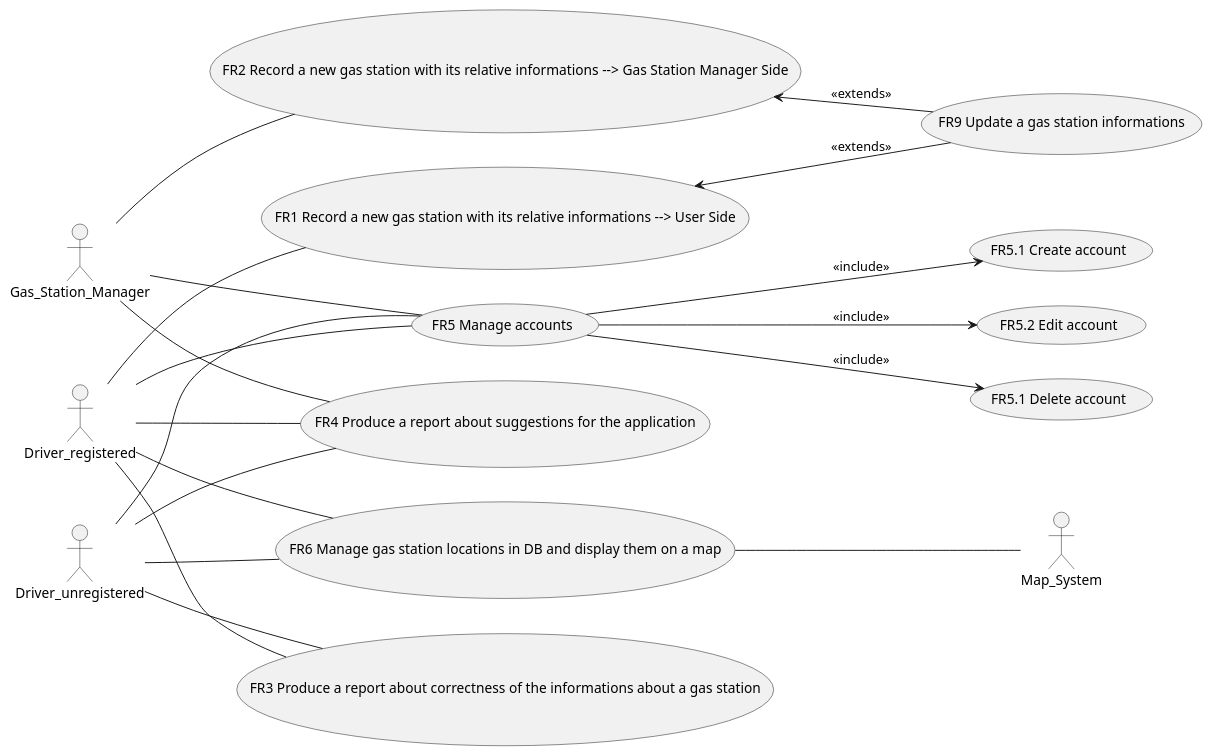
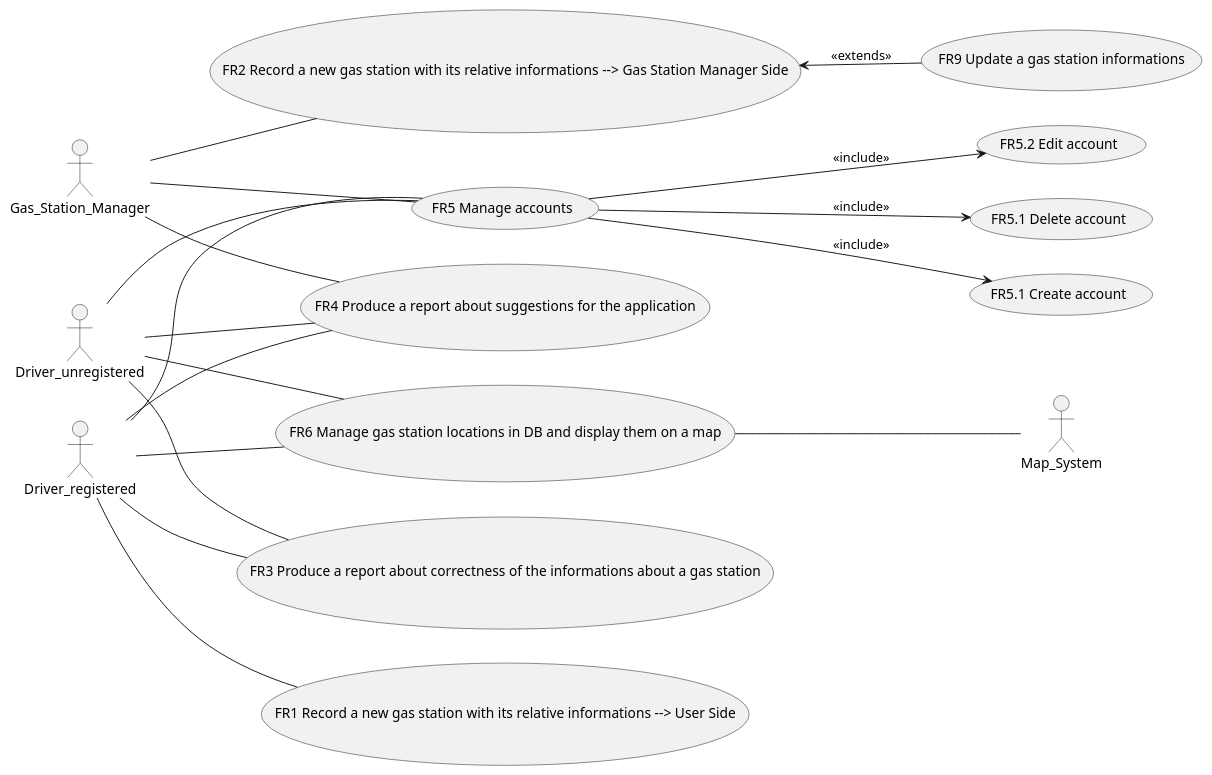
Before and after one commit to GaetanoPrudente/SoftwareEngineering: the diagram in use_case_diagram.puml, drawn with PlantUML.

```diff
--- a/use_case_diagram.puml
+++ b/use_case_diagram.puml
@@ -1,25 +1,24 @@
 @startuml
 left to right direction
 actor Gas_Station_Manager as gsm
 actor Map_System as ms
 actor Driver_registered as drvR
 actor Driver_unregistered as drvUR
 drvR -- (FR1 Record a new gas station with its relative informations --> User Side)
-(FR1 Record a new gas station with its relative informations --> User Side) <-- (FR9 Update a gas station informations) : <<extends>>
 gsm -- (FR2 Record a new gas station with its relative informations --> Gas Station Manager Side)
 (FR2 Record a new gas station with its relative informations --> Gas Station Manager Side) <-- (FR9 Update a gas station informations) : <<extends>>
 drvR -- (FR3 Produce a report about correctness of the informations about a gas station)
 drvUR -- (FR3 Produce a report about correctness of the informations about a gas station)
 drvR -- (FR4 Produce a report about suggestions for the application)
 drvUR -- (FR4 Produce a report about suggestions for the application)
 gsm -- (FR4 Produce a report about suggestions for the application)
 drvR -- (FR5 Manage accounts)
 drvUR -- (FR5 Manage accounts)
 gsm -- (FR5 Manage accounts)
 (FR5 Manage accounts) --> (FR5.1 Create account) :<<include>>
 (FR5 Manage accounts) --> (FR5.2 Edit account) :<<include>>
 (FR5 Manage accounts) --> (FR5.1 Delete account) :<<include>>
 drvR -- (FR6 Manage gas station locations in DB and display them on a map)
 drvUR -- (FR6 Manage gas station locations in DB and display them on a map)
 (FR6 Manage gas station locations in DB and display them on a map) -- ms
 @enduml
```
